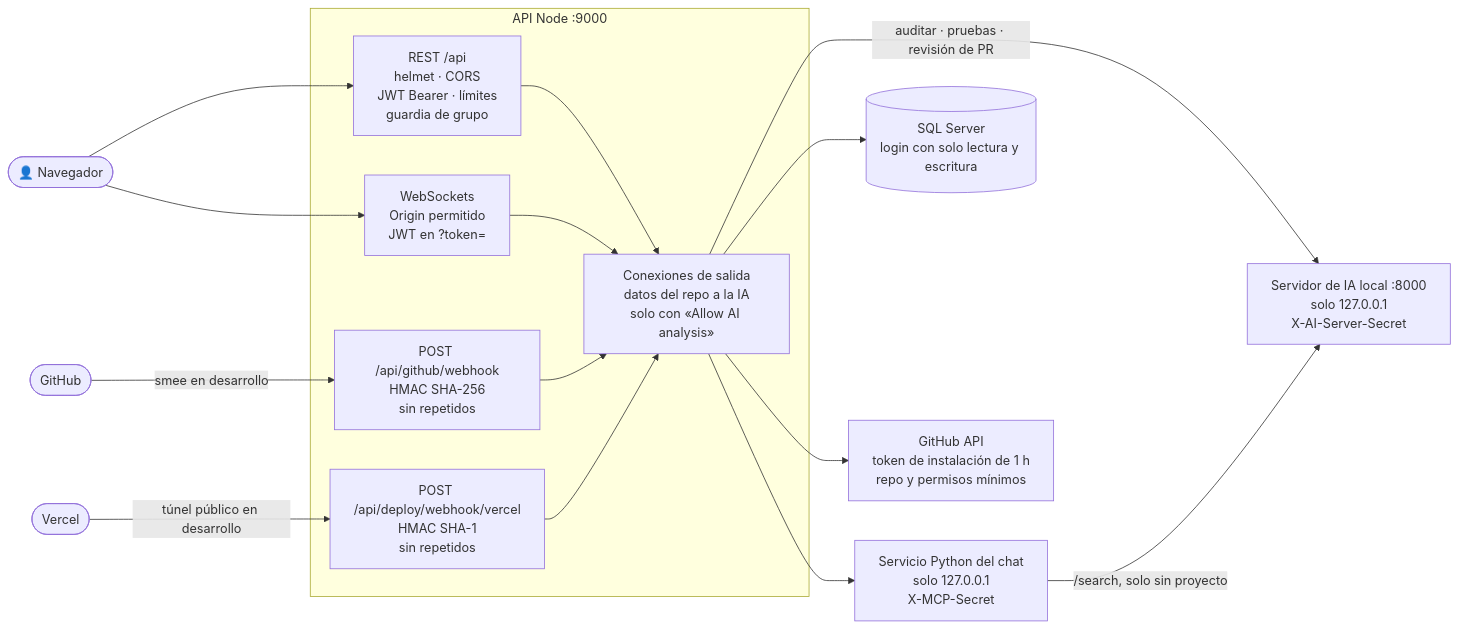
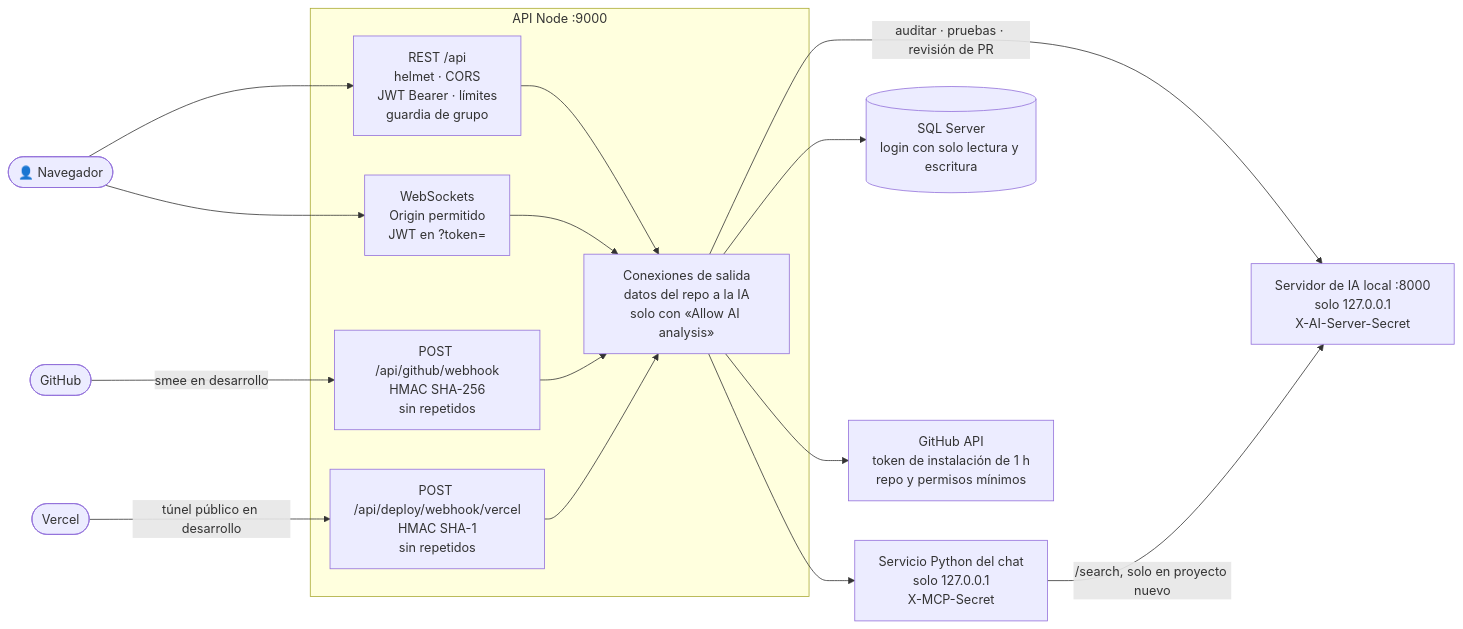
The diagram in documentacion/02-arquitectura/00-seguridad.md (PabloP150/proyecto-is-cc6), drawn with Mermaid before and after one commit. The commit also changed other lines of this file and 40 other files, not shown here.

````diff
--- a/documentacion/02-arquitectura/00-seguridad.md
+++ b/documentacion/02-arquitectura/00-seguridad.md
@@ -5,31 +5,31 @@
 ```mermaid
 flowchart LR
     nav(["👤 Navegador"])
     gh(["GitHub"])
     vc(["Vercel"])
     subgraph API["API Node :9000"]
         rest["REST /api<br/>helmet · CORS<br/>JWT Bearer · límites<br/>guardia de grupo"]
         ws["WebSockets<br/>Origin permitido<br/>JWT en ?token="]
         hook["POST /api/github/webhook<br/>HMAC SHA-256<br/>sin repetidos"]
         vhook["POST /api/deploy/webhook/vercel<br/>HMAC SHA-1<br/>sin repetidos"]
         cli["Conexiones de salida<br/>datos del repo a la IA<br/>solo con «Allow AI analysis»"]
     end
     py["Servicio Python del chat<br/>solo 127.0.0.1<br/>X-MCP-Secret"]
     ai["Servidor de IA local :8000<br/>solo 127.0.0.1<br/>X-AI-Server-Secret"]
     db[("SQL Server<br/>login con solo lectura y escritura")]
     ghapi["GitHub API<br/>token de instalación de 1 h<br/>repo y permisos mínimos"]
 
     nav --> rest
     nav --> ws
     gh -->|"smee en desarrollo"| hook
     vc -->|"túnel público en desarrollo"| vhook
     rest --> cli
     ws --> cli
     hook --> cli
     vhook --> cli
     cli --> py
     cli -->|"auditar · pruebas · revisión de PR"| ai
-    py -->|"/search, solo sin proyecto"| ai
+    py -->|"/search, solo en proyecto nuevo"| ai
     cli --> db
     cli --> ghapi
 ```
````
